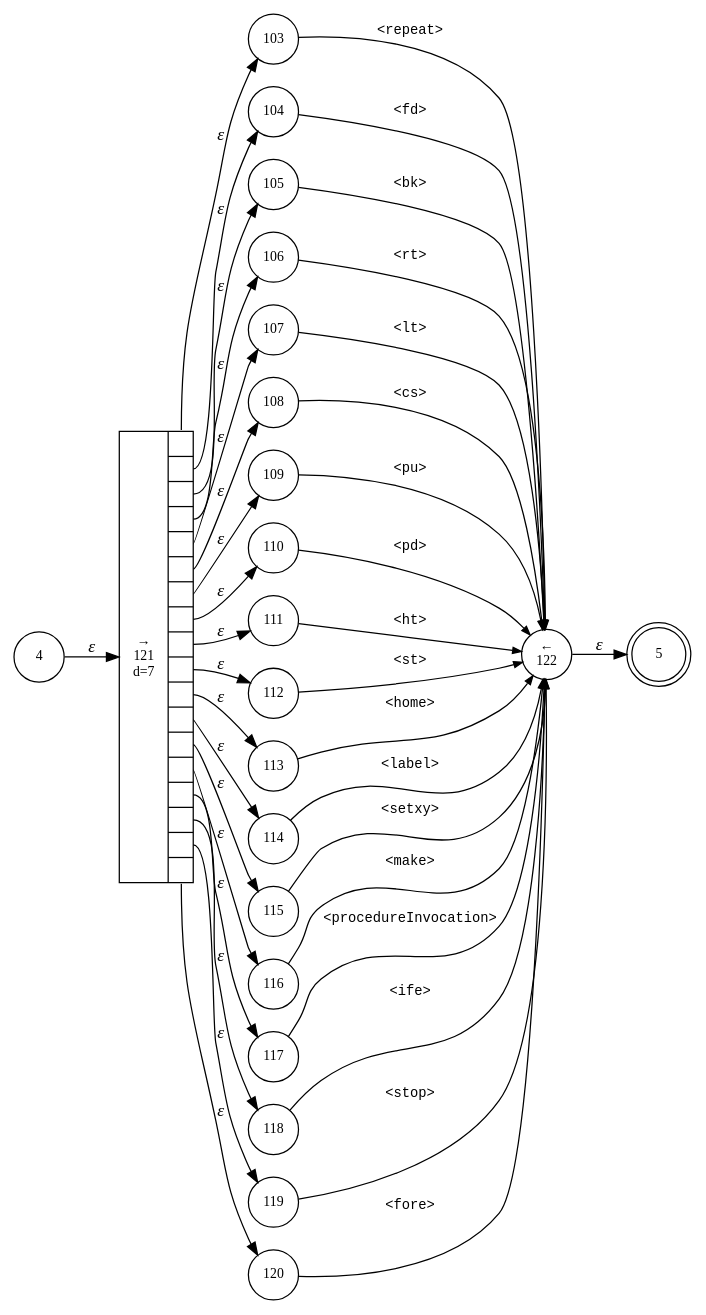
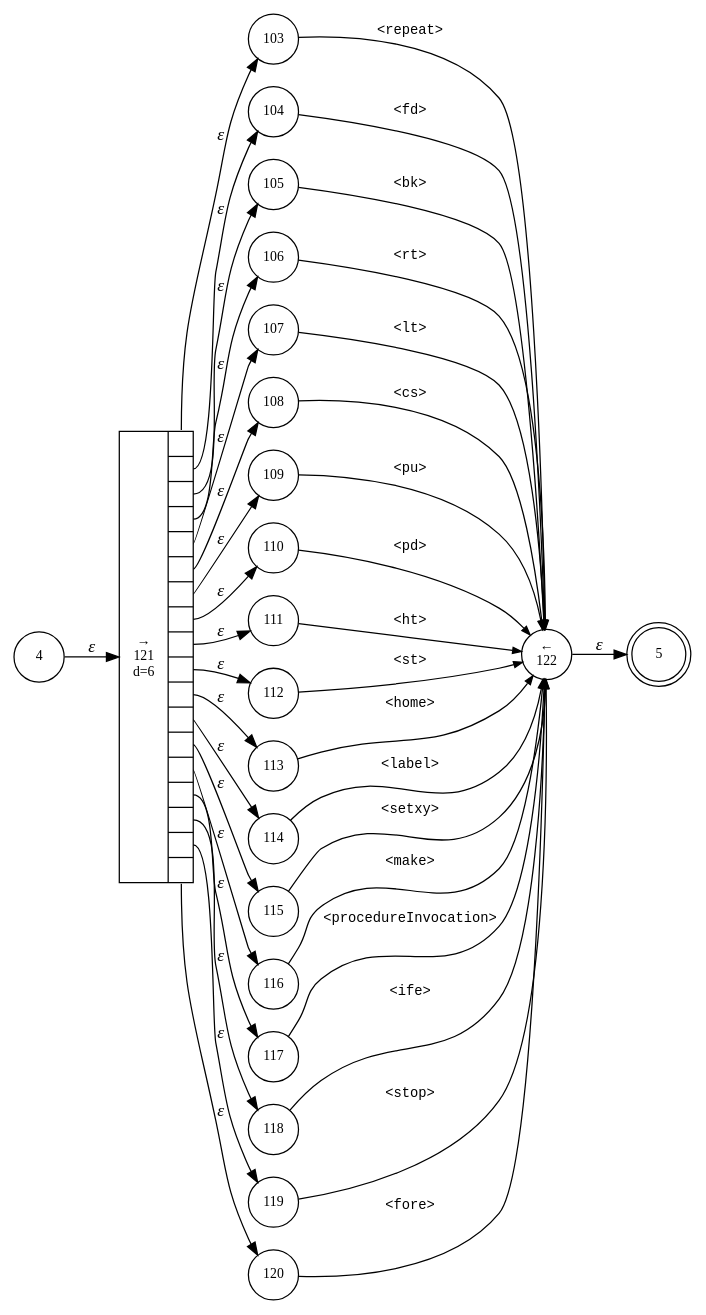
Before and after one commit to Shinigami072/Compilers-LogoInterpreter: the diagram in interpreter/logo/logo.cmd.dot, drawn with Graphviz. The commit also changed 20 other files, not shown here.

```diff
--- a/interpreter/logo/logo.cmd.dot
+++ b/interpreter/logo/logo.cmd.dot
@@ -1,63 +1,63 @@
 digraph ATN {
 rankdir=LR;
 s5[fontsize=11, label="5", shape=doublecircle, fixedsize=true, width=.6];
 s4[fontsize=11,label="4", shape=circle, fixedsize=true, width=.55, peripheries=1];
 s103[fontsize=11,label="103", shape=circle, fixedsize=true, width=.55, peripheries=1];
 s104[fontsize=11,label="104", shape=circle, fixedsize=true, width=.55, peripheries=1];
 s105[fontsize=11,label="105", shape=circle, fixedsize=true, width=.55, peripheries=1];
 s106[fontsize=11,label="106", shape=circle, fixedsize=true, width=.55, peripheries=1];
 s107[fontsize=11,label="107", shape=circle, fixedsize=true, width=.55, peripheries=1];
 s108[fontsize=11,label="108", shape=circle, fixedsize=true, width=.55, peripheries=1];
 s109[fontsize=11,label="109", shape=circle, fixedsize=true, width=.55, peripheries=1];
 s110[fontsize=11,label="110", shape=circle, fixedsize=true, width=.55, peripheries=1];
 s111[fontsize=11,label="111", shape=circle, fixedsize=true, width=.55, peripheries=1];
 s112[fontsize=11,label="112", shape=circle, fixedsize=true, width=.55, peripheries=1];
 s113[fontsize=11,label="113", shape=circle, fixedsize=true, width=.55, peripheries=1];
 s114[fontsize=11,label="114", shape=circle, fixedsize=true, width=.55, peripheries=1];
 s115[fontsize=11,label="115", shape=circle, fixedsize=true, width=.55, peripheries=1];
 s116[fontsize=11,label="116", shape=circle, fixedsize=true, width=.55, peripheries=1];
 s117[fontsize=11,label="117", shape=circle, fixedsize=true, width=.55, peripheries=1];
 s118[fontsize=11,label="118", shape=circle, fixedsize=true, width=.55, peripheries=1];
 s119[fontsize=11,label="119", shape=circle, fixedsize=true, width=.55, peripheries=1];
 s120[fontsize=11,label="120", shape=circle, fixedsize=true, width=.55, peripheries=1];
-s121[fontsize=11,label="{&rarr;\n121\nd=7|{<p0>|<p1>|<p2>|<p3>|<p4>|<p5>|<p6>|<p7>|<p8>|<p9>|<p10>|<p11>|<p12>|<p13>|<p14>|<p15>|<p16>|<p17>}}", shape=record, fixedsize=false, peripheries=1];
+s121[fontsize=11,label="{&rarr;\n121\nd=6|{<p0>|<p1>|<p2>|<p3>|<p4>|<p5>|<p6>|<p7>|<p8>|<p9>|<p10>|<p11>|<p12>|<p13>|<p14>|<p15>|<p16>|<p17>}}", shape=record, fixedsize=false, peripheries=1];
 s122[fontsize=11,label="&larr;\n122", shape=circle, fixedsize=true, width=.55, peripheries=1];
 s4 -> s121 [fontname="Times-Italic", label="&epsilon;"];
 s121:p0 -> s103 [fontname="Times-Italic", label="&epsilon;"];
 s121:p1 -> s104 [fontname="Times-Italic", label="&epsilon;"];
 s121:p2 -> s105 [fontname="Times-Italic", label="&epsilon;"];
 s121:p3 -> s106 [fontname="Times-Italic", label="&epsilon;"];
 s121:p4 -> s107 [fontname="Times-Italic", label="&epsilon;"];
 s121:p5 -> s108 [fontname="Times-Italic", label="&epsilon;"];
 s121:p6 -> s109 [fontname="Times-Italic", label="&epsilon;"];
 s121:p7 -> s110 [fontname="Times-Italic", label="&epsilon;"];
 s121:p8 -> s111 [fontname="Times-Italic", label="&epsilon;"];
 s121:p9 -> s112 [fontname="Times-Italic", label="&epsilon;"];
 s121:p10 -> s113 [fontname="Times-Italic", label="&epsilon;"];
 s121:p11 -> s114 [fontname="Times-Italic", label="&epsilon;"];
 s121:p12 -> s115 [fontname="Times-Italic", label="&epsilon;"];
 s121:p13 -> s116 [fontname="Times-Italic", label="&epsilon;"];
 s121:p14 -> s117 [fontname="Times-Italic", label="&epsilon;"];
 s121:p15 -> s118 [fontname="Times-Italic", label="&epsilon;"];
 s121:p16 -> s119 [fontname="Times-Italic", label="&epsilon;"];
 s121:p17 -> s120 [fontname="Times-Italic", label="&epsilon;"];
 s103 -> s122 [fontsize=11, fontname="Courier", arrowsize=.7, label = "<repeat>", arrowhead = normal];
 s104 -> s122 [fontsize=11, fontname="Courier", arrowsize=.7, label = "<fd>", arrowhead = normal];
 s105 -> s122 [fontsize=11, fontname="Courier", arrowsize=.7, label = "<bk>", arrowhead = normal];
 s106 -> s122 [fontsize=11, fontname="Courier", arrowsize=.7, label = "<rt>", arrowhead = normal];
 s107 -> s122 [fontsize=11, fontname="Courier", arrowsize=.7, label = "<lt>", arrowhead = normal];
 s108 -> s122 [fontsize=11, fontname="Courier", arrowsize=.7, label = "<cs>", arrowhead = normal];
 s109 -> s122 [fontsize=11, fontname="Courier", arrowsize=.7, label = "<pu>", arrowhead = normal];
 s110 -> s122 [fontsize=11, fontname="Courier", arrowsize=.7, label = "<pd>", arrowhead = normal];
 s111 -> s122 [fontsize=11, fontname="Courier", arrowsize=.7, label = "<ht>", arrowhead = normal];
 s112 -> s122 [fontsize=11, fontname="Courier", arrowsize=.7, label = "<st>", arrowhead = normal];
 s113 -> s122 [fontsize=11, fontname="Courier", arrowsize=.7, label = "<home>", arrowhead = normal];
 s114 -> s122 [fontsize=11, fontname="Courier", arrowsize=.7, label = "<label>", arrowhead = normal];
 s115 -> s122 [fontsize=11, fontname="Courier", arrowsize=.7, label = "<setxy>", arrowhead = normal];
 s116 -> s122 [fontsize=11, fontname="Courier", arrowsize=.7, label = "<make>", arrowhead = normal];
 s117 -> s122 [fontsize=11, fontname="Courier", arrowsize=.7, label = "<procedureInvocation>", arrowhead = normal];
 s118 -> s122 [fontsize=11, fontname="Courier", arrowsize=.7, label = "<ife>", arrowhead = normal];
 s119 -> s122 [fontsize=11, fontname="Courier", arrowsize=.7, label = "<stop>", arrowhead = normal];
 s120 -> s122 [fontsize=11, fontname="Courier", arrowsize=.7, label = "<fore>", arrowhead = normal];
 s122 -> s5 [fontname="Times-Italic", label="&epsilon;"];
 }
```
